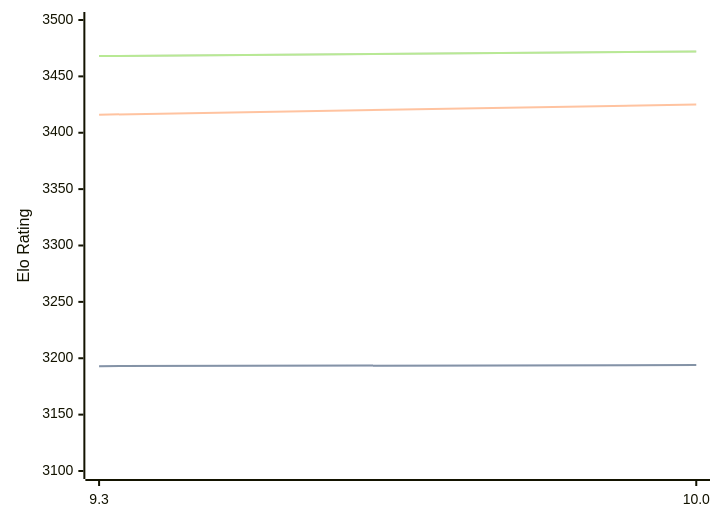
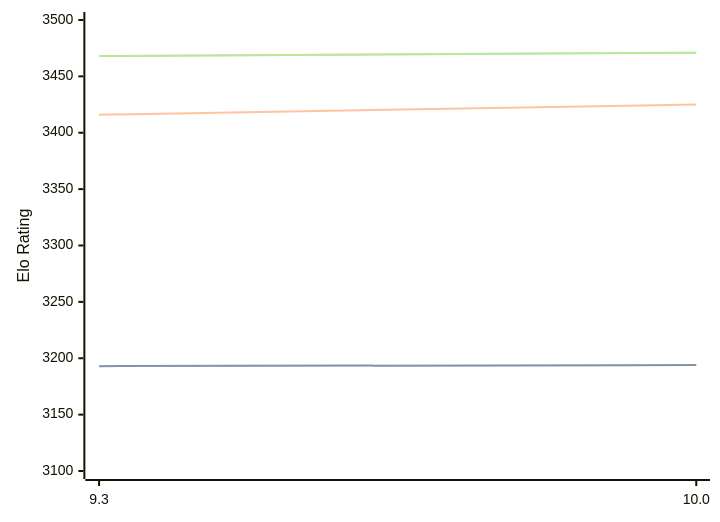
One commit to computer-chess-index/cci changed the diagram in engines/Fire.md. Above: the diagram before and after it, drawn with Mermaid. The commit also changed other lines of this file, not shown here.

Commit message:
Update CCI Ratings (ELO VLTC) - 2026-03-02

````diff
--- a/engines/Fire.md
+++ b/engines/Fire.md
@@ -45,11 +45,11 @@
 ```mermaid
 %%{init: {"theme":"base","themeVariables":{"seriesColors:['#a3a3a3','#222221','#faa371']}}}%%
 xychart-beta
   x-axis ["9.3", "10.0"]
   y-axis "Elo Rating" 3100 --> 3500
   line "STC (8.0+0.08s)" [3193, 3194]
   line "STC (8.0+0.08s)" [3193, 3194]
   line "LTC (60.0+0.60s)" [3416, 3425]
-  line "VLTC (2m24s+1.12s)" [3468, 3472]
-  line "VLTC (2m24s+1.12s)" [3468, 3472]
+  line "VLTC (2m24s+1.12s)" [3468, 3471]
+  line "VLTC (2m24s+1.12s)" [3468, 3471]
 ```
````
